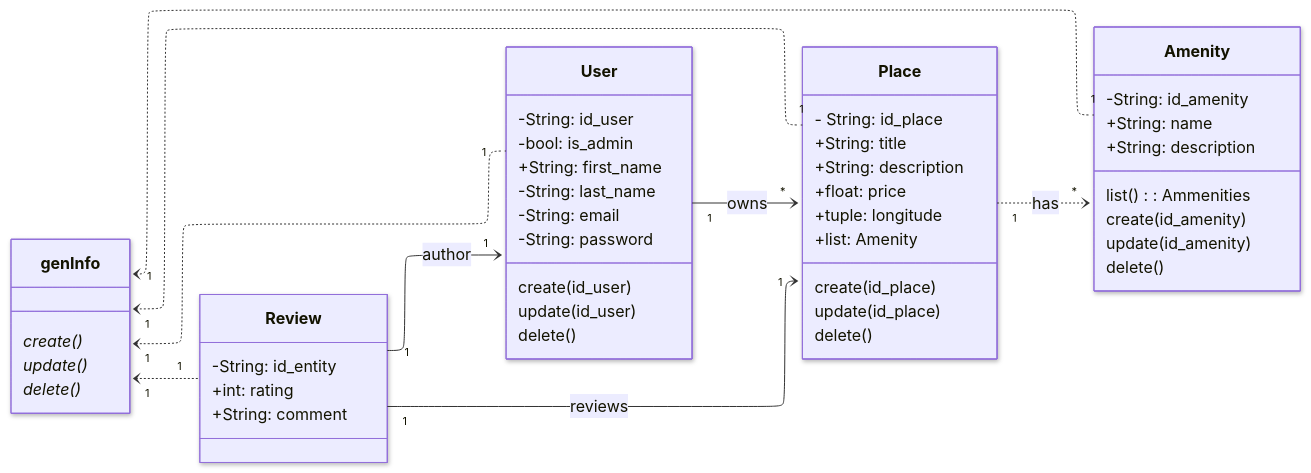
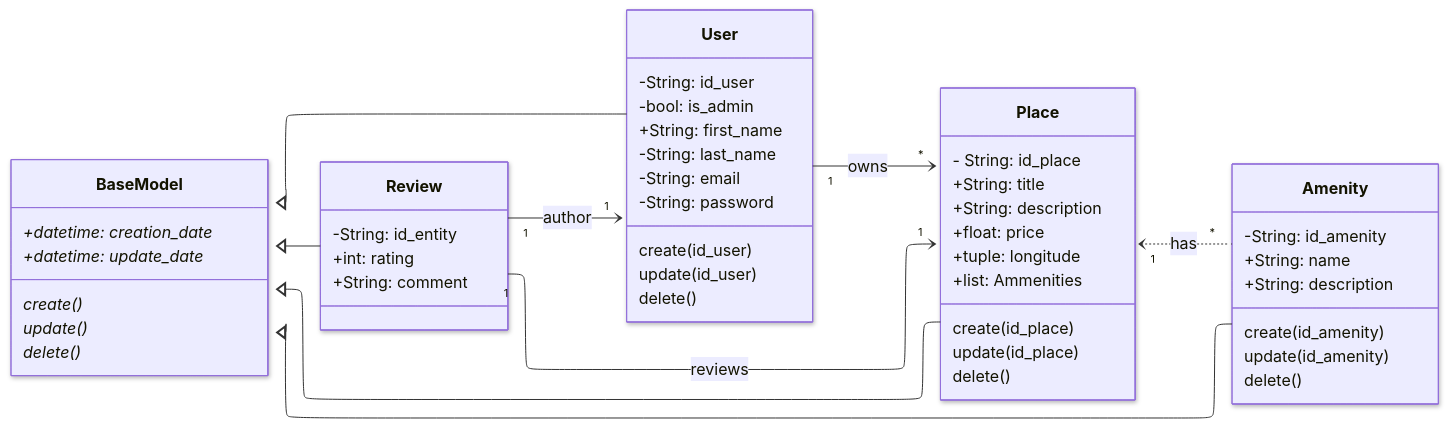
Before and after one commit to glovek08/holbertonschool-hbnb: the diagram in part1/class_diagram.mmd, drawn with Mermaid.

Commit message:
fix: ammenities list inside Amenity Class

```diff
--- a/part1/class_diagram.mmd
+++ b/part1/class_diagram.mmd
@@ -1,58 +1,59 @@
 ---
 config:
   layout: elk
   look: neo
   theme: default
 ---
 classDiagram
 direction LR
     class Place {
 	    - String: id_place
 	    +String: title
 	    +String: description
 	    +float: price
 	    +tuple: longitude
-	    +list: Amenity
+	    +list: Ammenities
 	    create(id_place)
 	    update(id_place)
 	    delete()
     }
     class Amenity {
 	    -String: id_amenity
 	    +String: name
 	    +String: description
-	    list(): Ammenities
 	    create(id_amenity)
 	    update(id_amenity)
 		delete()
     }
     class User {
 	    -String: id_user
 	    -bool: is_admin
 	    +String: first_name
 	    -String: last_name
 	    -String: email
 	    -String: password
 	    create(id_user)
 	    update(id_user)
 	    delete()
     }
     class Review {
 	    -String: id_entity
 	    +int: rating
 	    +String: comment
     }
-	class genInfo {
+	class BaseModel {
+		+datetime: creation_date*
+		+datetime: update_date*
 		create()*
 		update()*
 		delete()*
 	}
 
     Review "1" --> "1" User : author
     Review "1" --> "1" Place : reviews
-    Place "1" ..> "*" Amenity : has
+    Place "1" <.. "*" Amenity : has
     User "1" --> "*" Place : owns
-	genInfo "1" <.. "1" User
-	genInfo "1" <.. "1" Place
-	genInfo "1" <.. "1" Amenity
-	genInfo "1" <.. "1" Review
+	BaseModel  <|--  User
+	BaseModel  <|--  Place
+	BaseModel  <|--  Amenity
+	BaseModel  <|--  Review
```
